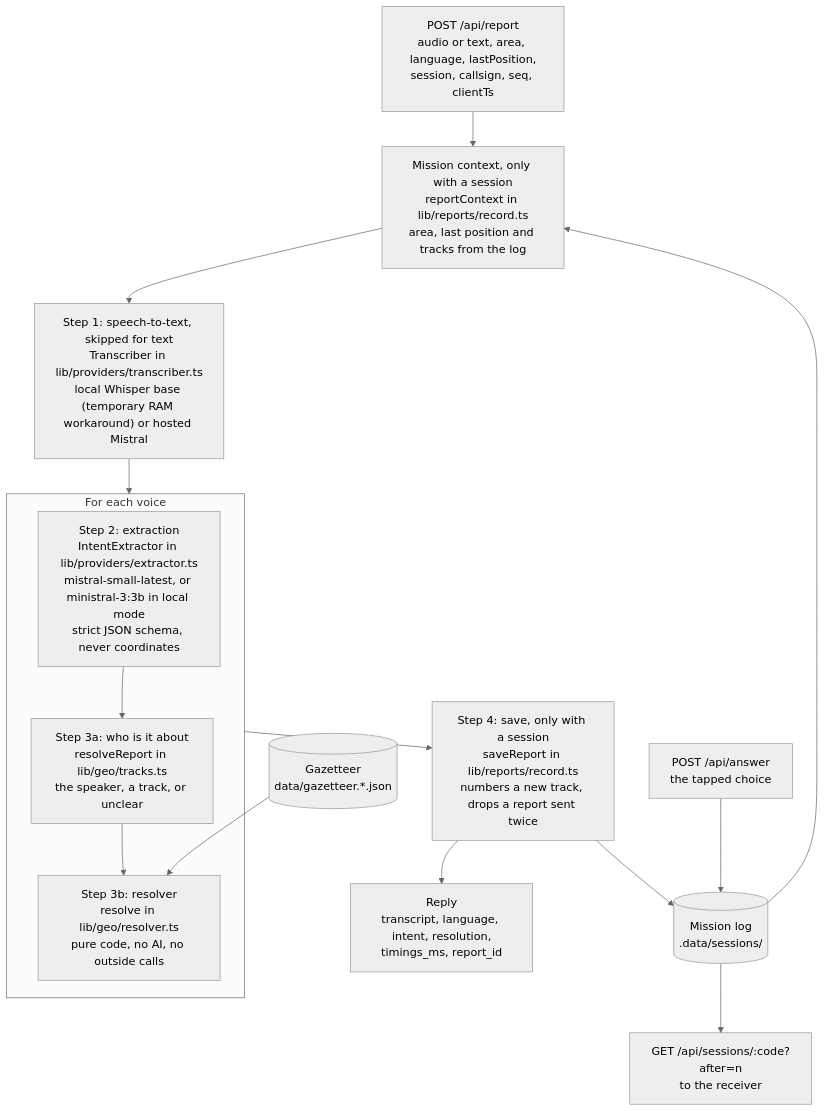
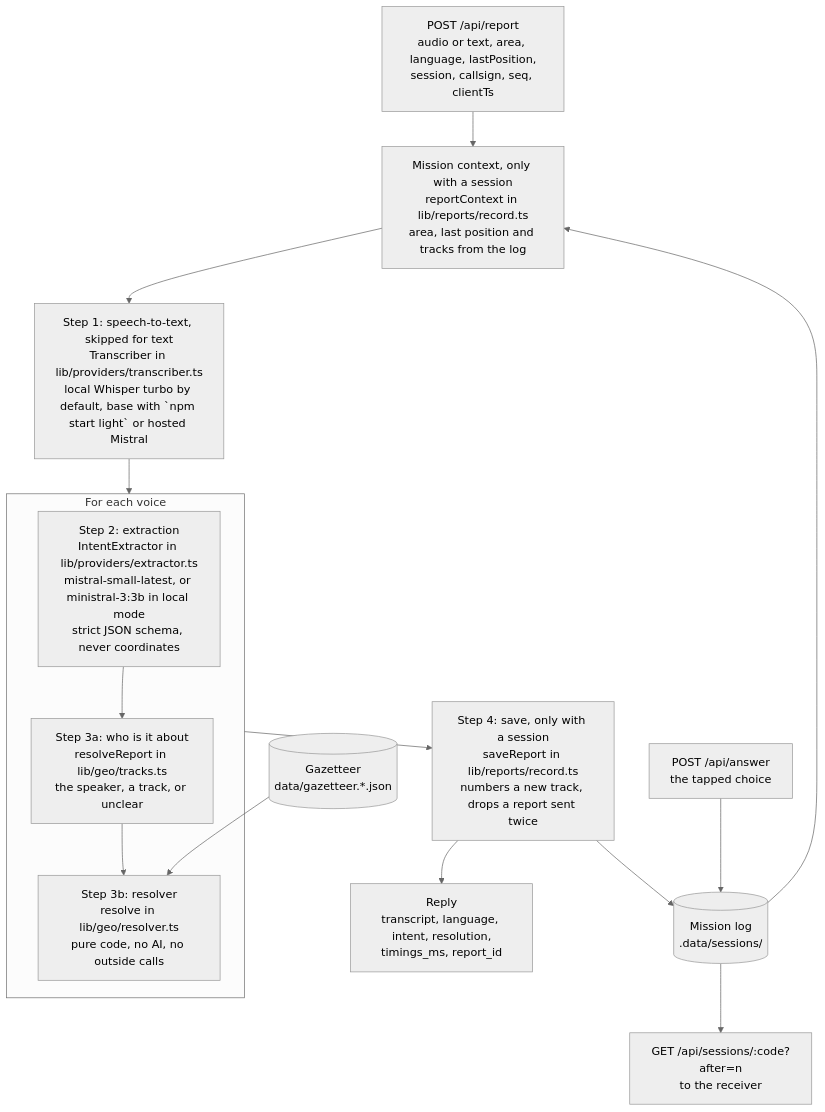
The second of 4 diagrams in docs/architecture.md (adam2765/edth-hackathon), drawn with Mermaid (neutral theme) before and after one commit. The commit also changed other lines of this file and 11 other files, not shown here.

First line of the commit message:
Add npm start light while restoring regular model default

````diff
--- a/docs/architecture.md
+++ b/docs/architecture.md
@@ -73,25 +73,25 @@
 ```mermaid
 flowchart TB
     IN["POST /api/report<br/>audio or text, area, language, lastPosition,<br/>session, callsign, seq, clientTs"]
     CTX["Mission context, only with a session<br/>reportContext in lib/reports/record.ts<br/>area, last position and tracks from the log"]
-    STT["Step 1: speech-to-text, skipped for text<br/>Transcriber in lib/providers/transcriber.ts<br/>local Whisper base (temporary RAM workaround) or hosted Mistral"]
+    STT["Step 1: speech-to-text, skipped for text<br/>Transcriber in lib/providers/transcriber.ts<br/>local Whisper turbo by default, base with `npm start light` or hosted Mistral"]
     subgraph VOICES["For each voice"]
         EXT["Step 2: extraction<br/>IntentExtractor in lib/providers/extractor.ts<br/>mistral-small-latest, or ministral-3:3b in local mode<br/>strict JSON schema, never coordinates"]
         SUB["Step 3a: who is it about<br/>resolveReport in lib/geo/tracks.ts<br/>the speaker, a track, or unclear"]
         RES["Step 3b: resolver<br/>resolve in lib/geo/resolver.ts<br/>pure code, no AI, no outside calls"]
         EXT --> SUB --> RES
     end
     GAZ[("Gazetteer<br/>data/gazetteer.*.json")]
     SAVE["Step 4: save, only with a session<br/>saveReport in lib/reports/record.ts<br/>numbers a new track, drops a report sent twice"]
     OUT["Reply<br/>transcript, language, intent, resolution,<br/>timings_ms, report_id"]
     LOG[("Mission log<br/>.data/sessions/")]
     ANS["POST /api/answer<br/>the tapped choice"]
     READ["GET /api/sessions/:code?after=n<br/>to the receiver"]
 
     IN --> CTX --> STT --> VOICES --> SAVE --> OUT
     GAZ --> RES
     LOG --> CTX
     SAVE --> LOG
     ANS --> LOG
     LOG --> READ
 ```
````
